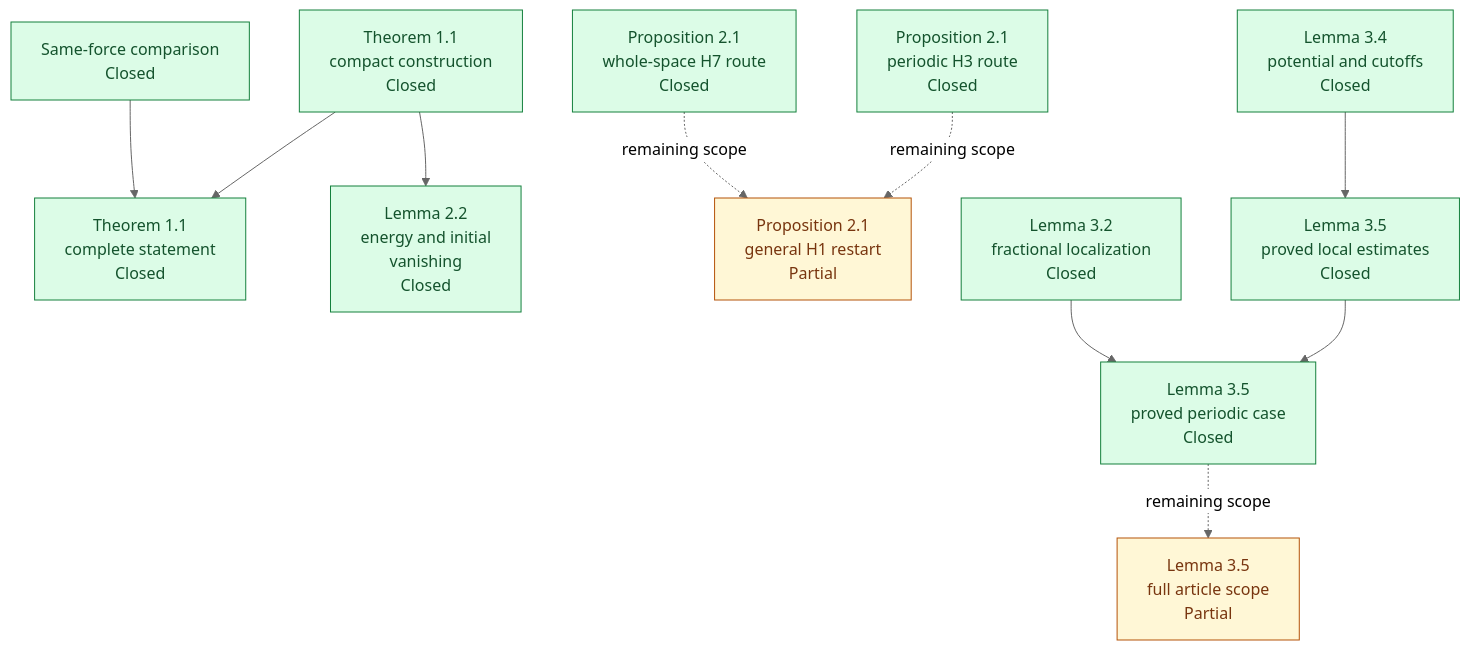
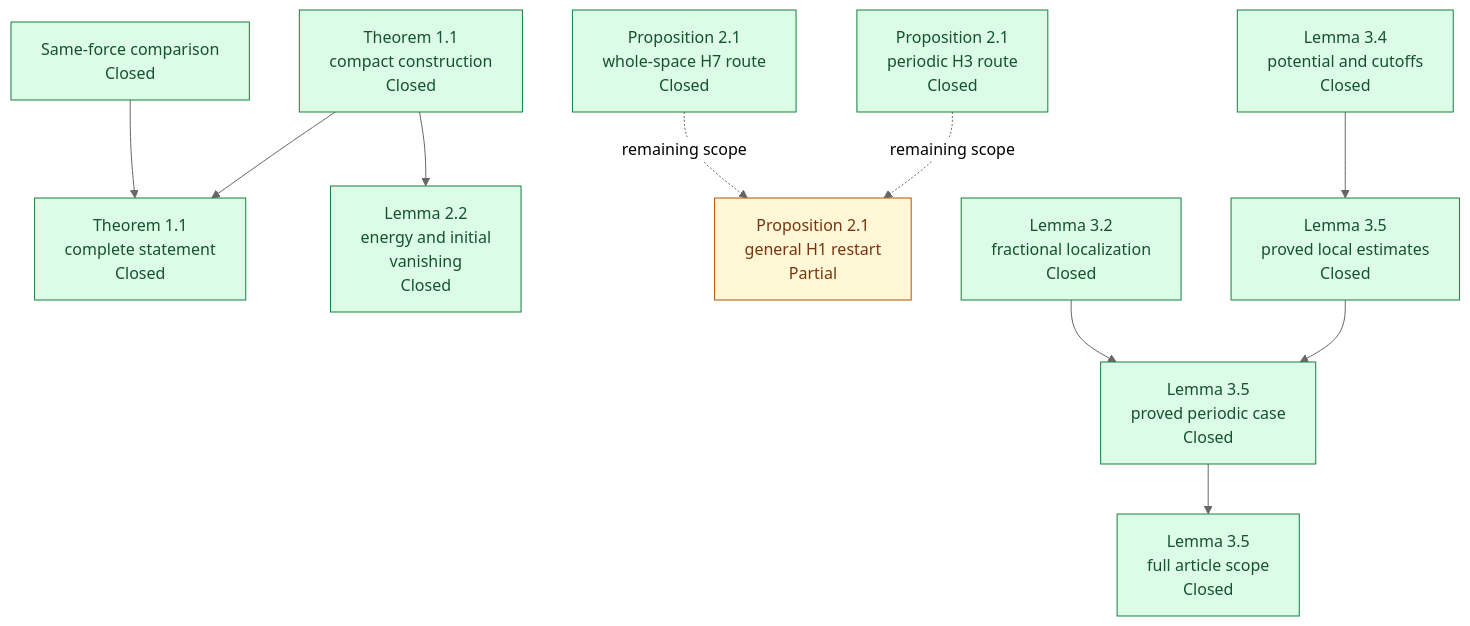
The first of 4 diagrams in formalization/blueprint/DEPENDENCY_GRAPH.md (mathzhuonichi/blowup_density), drawn with Mermaid (neutral theme) before and after one commit. The commit also changed other lines of this file and 12 other files, not shown here.

Commit message:
Close C35_FULL and refresh article coverage, axiom audit and PDFs

````diff
--- a/formalization/blueprint/DEPENDENCY_GRAPH.md
+++ b/formalization/blueprint/DEPENDENCY_GRAPH.md
@@ -13,29 +13,29 @@
 ```mermaid
 flowchart TD
   B11["Theorem 1.1<br/>compact construction<br/>Closed"]
   CMP["Same-force comparison<br/>Closed"]
   B11_FULL["Theorem 1.1<br/>complete statement<br/>Closed"]
   E22["Lemma 2.2<br/>energy and initial<br/>vanishing<br/>Closed"]
   L21T["Proposition 2.1<br/>periodic H3 route<br/>Closed"]
   L21R["Proposition 2.1<br/>whole-space H7 route<br/>Closed"]
   L21_H1["Proposition 2.1<br/>general H1 restart<br/>Partial"]
   V34["Lemma 3.4<br/>potential and cutoffs<br/>Closed"]
   C35_LOCAL["Lemma 3.5<br/>proved local estimates<br/>Closed"]
   L32["Lemma 3.2<br/>fractional localization<br/>Closed"]
   C35_T["Lemma 3.5<br/>proved periodic case<br/>Closed"]
-  C35_FULL["Lemma 3.5<br/>full article scope<br/>Partial"]
+  C35_FULL["Lemma 3.5<br/>full article scope<br/>Closed"]
   B11 --> B11_FULL
   CMP --> B11_FULL
   B11 --> E22
   L21T -. remaining scope .-> L21_H1
   L21R -. remaining scope .-> L21_H1
   V34 --> C35_LOCAL
   C35_LOCAL --> C35_T
   L32 --> C35_T
-  C35_T -. remaining scope .-> C35_FULL
+  C35_T --> C35_FULL
   classDef closed fill:#dcfce7,stroke:#15803d,color:#14532d;
   classDef partial fill:#fff7d6,stroke:#b45309,color:#78350f;
   classDef mainResult stroke-width:4px;
-  class B11,CMP,B11_FULL,E22,L21T,L21R,V34,C35_LOCAL,L32,C35_T closed;
-  class L21_H1,C35_FULL partial;
+  class B11,CMP,B11_FULL,E22,L21T,L21R,V34,C35_LOCAL,L32,C35_T,C35_FULL closed;
+  class L21_H1 partial;
 ```
````
